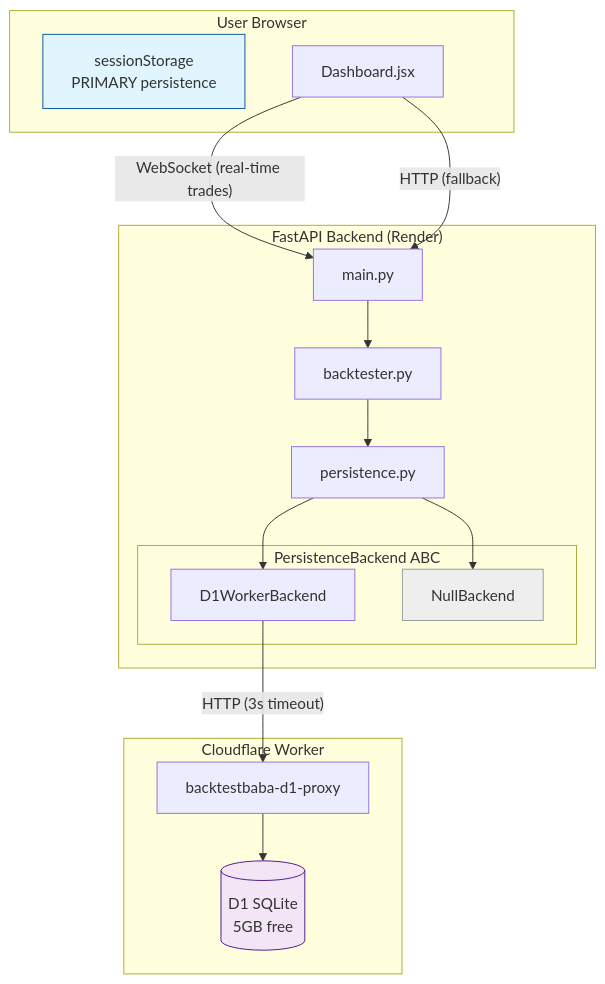
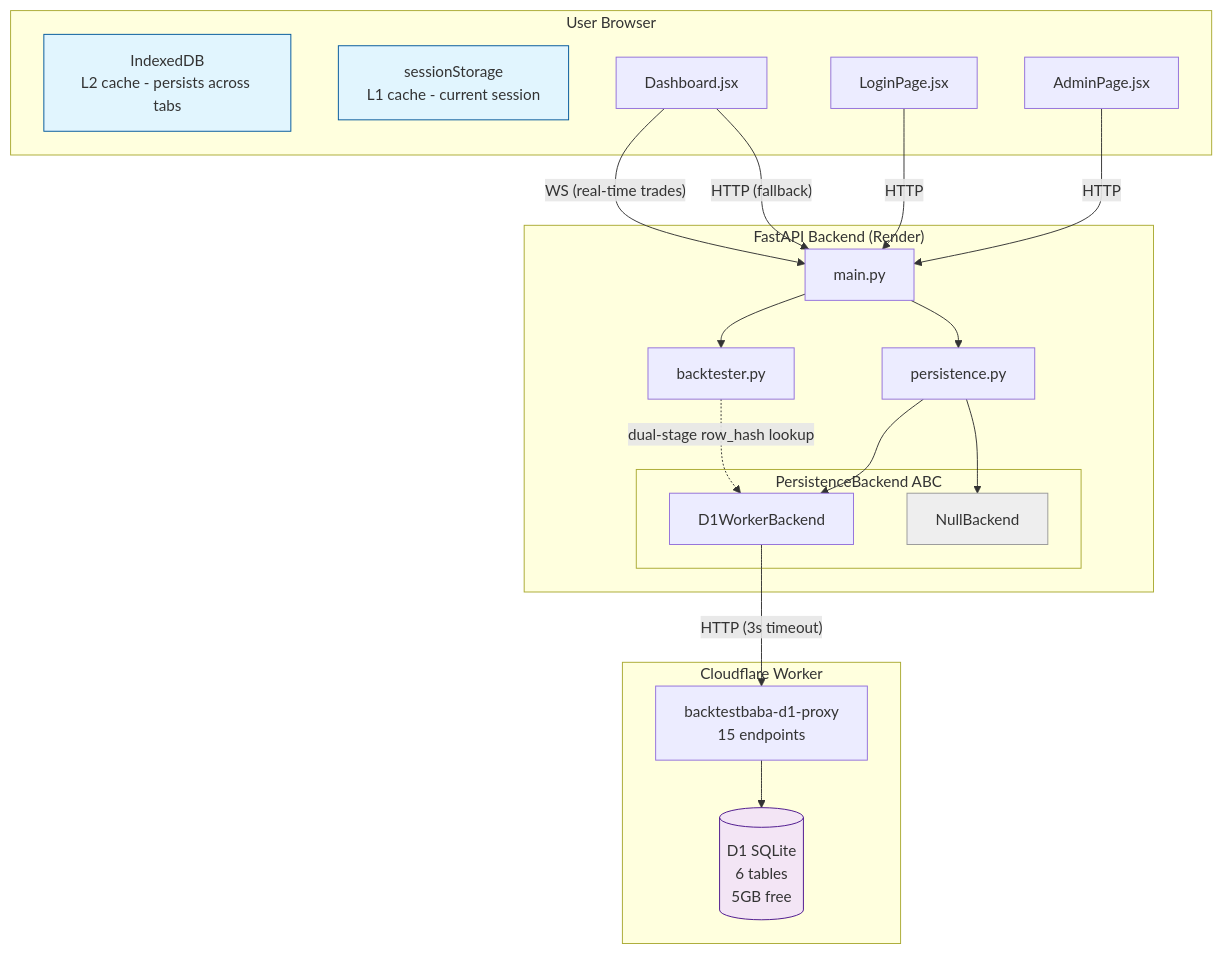
The first of 3 diagrams in .ai/architecture.md (rockywithstocky/BacktestBaba), drawn with Mermaid before and after one commit. The commit also changed other lines of this file and 13 other files, not shown here.

First line of the commit message:
Phase B: backend persistence + auth + admin + Worker deploy

````diff
--- a/.ai/architecture.md
+++ b/.ai/architecture.md
@@ -23,35 +23,42 @@
 ```mermaid
 flowchart TB
     subgraph Browser["User Browser"]
-        SS[sessionStorage<br/>PRIMARY persistence]
+        IDB[IndexedDB<br/>L2 cache - persists across tabs]
+        IDB2[sessionStorage<br/>L1 cache - current session]
         DASH[Dashboard.jsx]
+        AUTH[LoginPage.jsx]
+        ADMIN[AdminPage.jsx]
     end
 
     subgraph Backend["FastAPI Backend (Render)"]
         MAIN[main.py]
         BT[backtester.py]
         PERS[persistence.py]
         subgraph ABC["PersistenceBackend ABC"]
             D1W[D1WorkerBackend]
             NULL[NullBackend]
         end
     end
 
     subgraph CF["Cloudflare Worker"]
-        WORKER[backtestbaba-d1-proxy]
-        D1[("D1 SQLite<br/>5GB free")]
+        WORKER[backtestbaba-d1-proxy<br/>15 endpoints]
+        D1[("D1 SQLite<br/>6 tables<br/>5GB free")]
     end
 
-    DASH -- "WebSocket (real-time trades)" --> MAIN
+    DASH -- "WS (real-time trades)" --> MAIN
     DASH -- "HTTP (fallback)" --> MAIN
+    AUTH -- "HTTP" --> MAIN
+    ADMIN -- "HTTP" --> MAIN
     MAIN --> BT
-    BT --> PERS
+    MAIN --> PERS
     PERS --> D1W
     PERS --> NULL
     D1W -- "HTTP (3s timeout)" --> WORKER
     WORKER --> D1
+    BT -. "dual-stage row_hash lookup" .-> D1W
 
-    style SS fill:#e1f5fe,stroke:#01579b
+    style IDB fill:#e1f5fe,stroke:#01579b
+    style IDB2 fill:#e1f5fe,stroke:#01579b
     style D1 fill:#f3e5f5,stroke:#4a148c
     style NULL fill:#eee,stroke:#999
 ```
````
